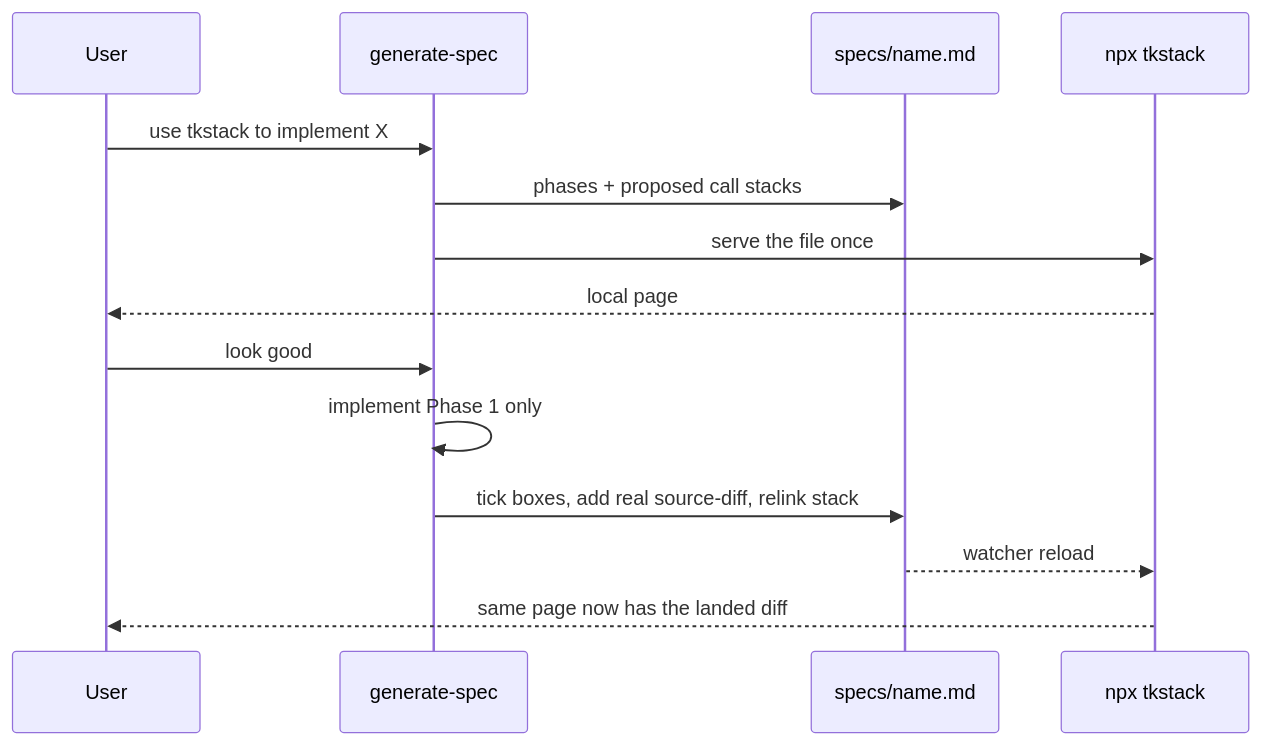
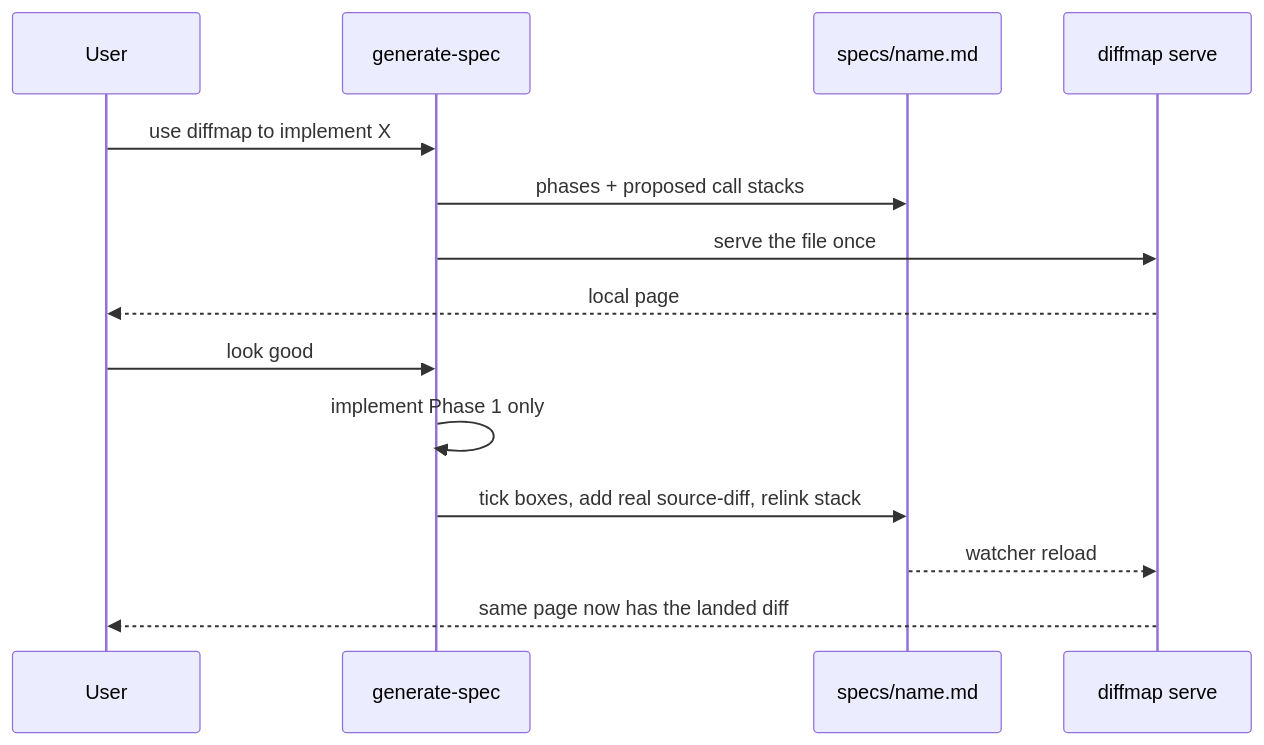
One commit to tanishqkancharla/diffmap changed the third of 4 diagrams in specs/merge-generate-spec-walkthrough.md. Above: the diagram before and after it, drawn with Mermaid. The commit also changed other lines of this file, not shown here.

First line of the commit message:
Align merge spec with diffmap rename

````diff
--- a/specs/merge-generate-spec-walkthrough.md
+++ b/specs/merge-generate-spec-walkthrough.md
@@ -60,20 +62,20 @@
 ```mermaid
 sequenceDiagram
   participant User
   participant Skill as generate-spec
   participant File as specs/name.md
-  participant Viewer as npx tkstack
-  User->>Skill: use tkstack to implement X
+  participant Viewer as diffmap serve
+  User->>Skill: use diffmap to implement X
   Skill->>File: phases + proposed call stacks
   Skill->>Viewer: serve the file once
   Viewer-->>User: local page
   User->>Skill: look good
   Skill->>Skill: implement Phase 1 only
   Skill->>File: tick boxes, add real source-diff, relink stack
   File-->>Viewer: watcher reload
   Viewer-->>User: same page now has the landed diff
   %% ref node:Skill [[skills/generate-spec/SKILL.md]]
   %% ref node:Viewer [[src/serve.ts#startServer]]
   %% ref edge:2 [[src/cli.ts]]
-  %% ref edge:7 [[src/contentPlugin.ts#tkstackContentPlugin]]
+  %% ref edge:7 [[src/contentPlugin.ts#diffmapContentPlugin]]
 ```
````
